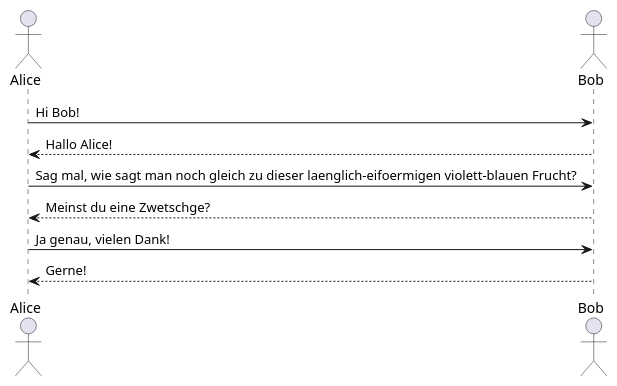
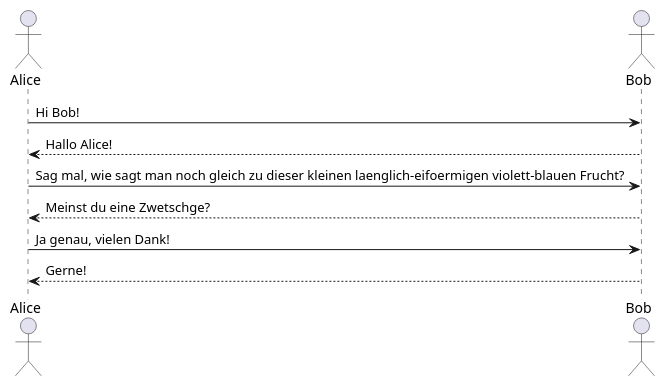
Before and after one commit to harcomaase/lsp-gpt: the diagram in assets/thesis/example-sequence.puml, drawn with PlantUML. The commit also changed 13 other files, not shown here.

```diff
--- a/assets/thesis/example-sequence.puml
+++ b/assets/thesis/example-sequence.puml
@@ -1,13 +1,13 @@
 @startuml example-sequence
 
 actor Alice as a
 actor Bob as b
 
 a -> b : Hi Bob!
 b --> a : Hallo Alice!
-a -> b : Sag mal, wie sagt man noch gleich zu dieser laenglich-eifoermigen violett-blauen Frucht?
+a -> b : Sag mal, wie sagt man noch gleich zu dieser kleinen laenglich-eifoermigen violett-blauen Frucht?
 b --> a : Meinst du eine Zwetschge?
 a -> b : Ja genau, vielen Dank!
 b --> a : Gerne!
 
 @enduml
```
